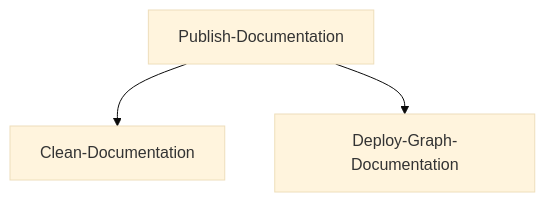
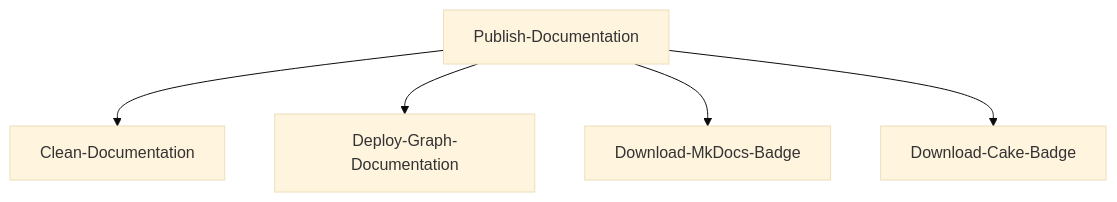
The diagram in docs/input/tasks/Publish-Documentation.md (michalkowal/Cake.MkDocs), drawn with Mermaid (base theme) before and after one commit. The commit also changed 24 other files, not shown here.

```diff
--- a/docs/input/tasks/Publish-Documentation.md
+++ b/docs/input/tasks/Publish-Documentation.md
@@ -1,5 +1,7 @@
 <div class="mermaid">
 graph TD;
 Publish-Documentation-->Clean-Documentation;
 Publish-Documentation-->Deploy-Graph-Documentation;
+Publish-Documentation-->Download-MkDocs-Badge;
+Publish-Documentation-->Download-Cake-Badge;
 </div>
```
